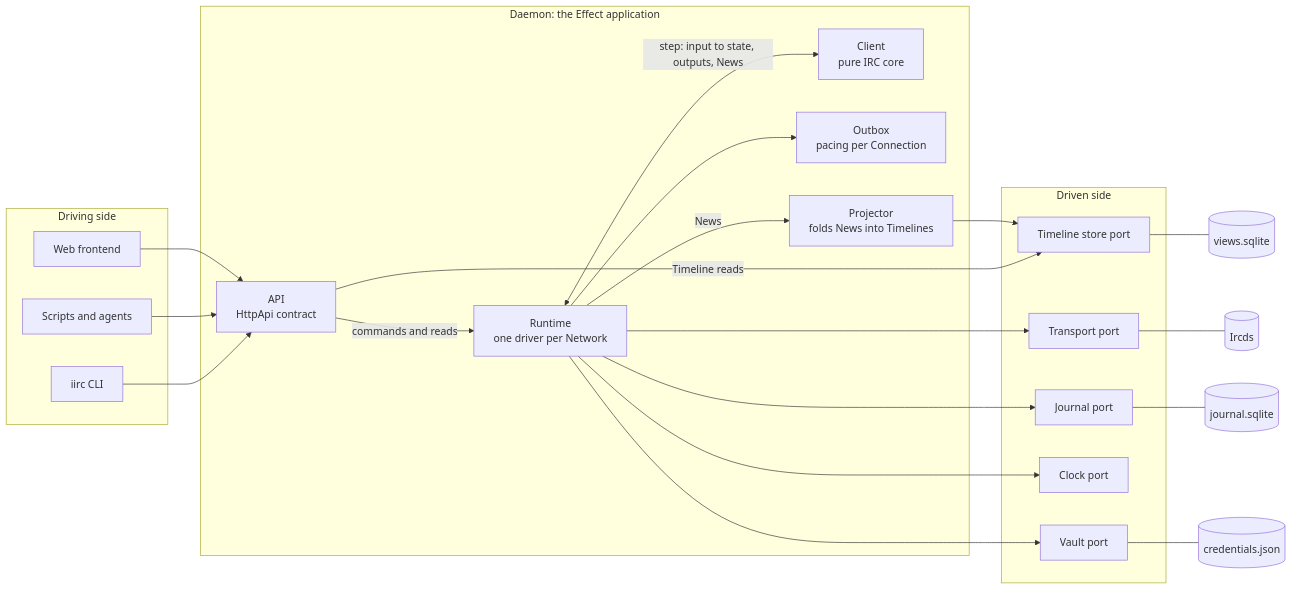
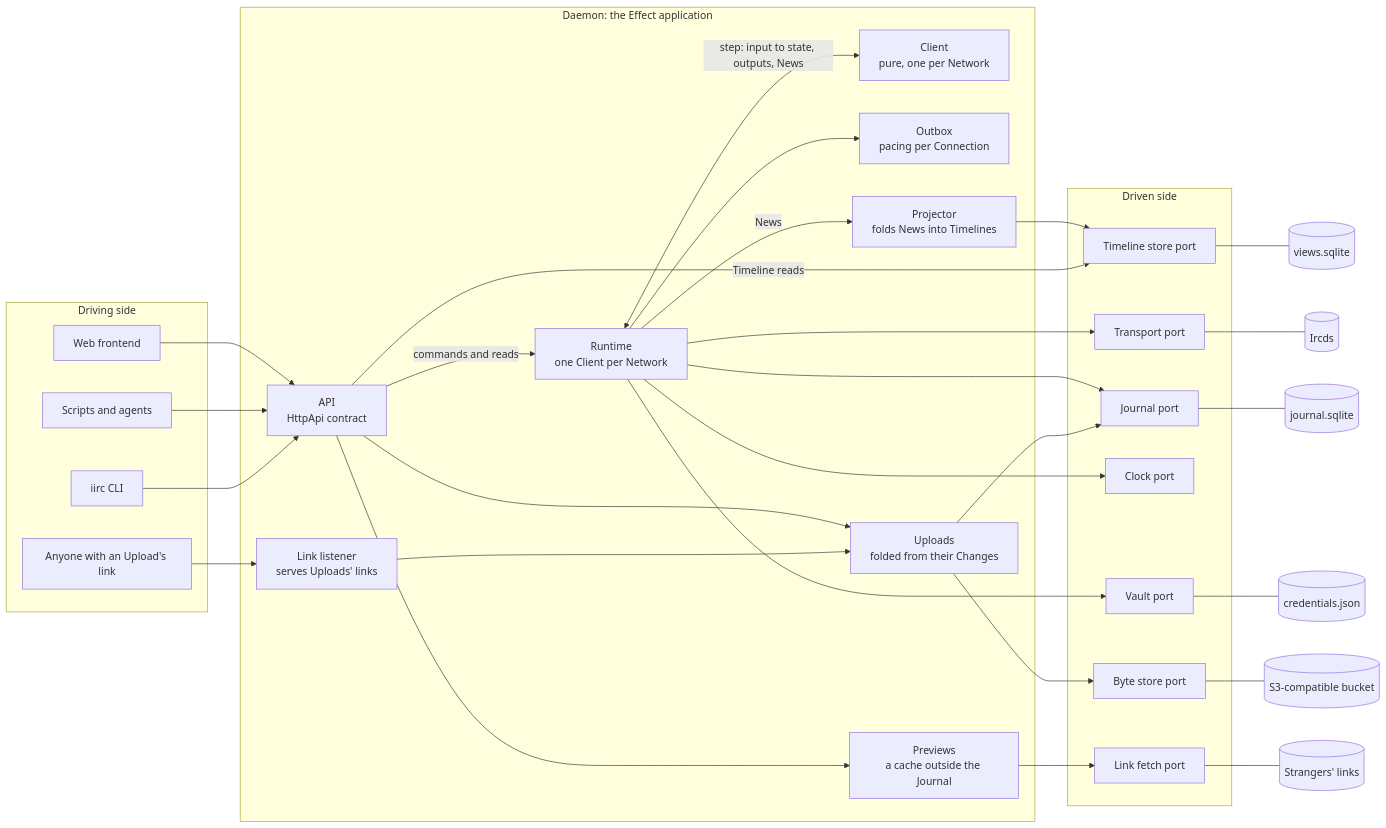
Before and after one commit to deankerr/iirc: the first of 2 diagrams in ARCHITECTURE.md, drawn with Mermaid. The commit also changed other lines of this file and 14 other files, not shown here.

First line of the commit message:
Bring the top-level docs in line with main, and remove ROADMAP.md (#142)

````diff
--- a/ARCHITECTURE.md
+++ b/ARCHITECTURE.md
@@ -13,37 +13,50 @@
 ```mermaid
 flowchart LR
   subgraph driving["Driving side"]
     web["Web frontend"]
     agent["Scripts and agents"]
     cli["iirc CLI"]
+    public["Anyone with an Upload's link"]
   end
 
   subgraph hexagon["Daemon: the Effect application"]
     api["API<br/>HttpApi contract"]
-    runtime["Runtime<br/>one driver per Network"]
-    client["Client<br/>pure IRC core"]
+    linkl["Link listener<br/>serves Uploads' links"]
+    runtime["Runtime<br/>one Client per Network"]
+    client["Client<br/>pure, one per Network"]
     outbox["Outbox<br/>pacing per Connection"]
     projector["Projector<br/>folds News into Timelines"]
+    uploads["Uploads<br/>folded from their Changes"]
+    previews["Previews<br/>a cache outside the Journal"]
     api -->|"commands and reads"| runtime
     runtime <-->|"step: input to state, outputs, News"| client
     runtime --> outbox
     runtime -->|"News"| projector
+    api --> uploads & previews
+    linkl --> uploads
   end
 
   subgraph driven["Driven side"]
     transport["Transport port"]
     journal["Journal port"]
     vault["Vault port"]
     clock["Clock port"]
     timelines["Timeline store port"]
+    bytes["Byte store port"]
+    fetch["Link fetch port"]
   end
 
   web & agent & cli --> api
+  public --> linkl
   runtime --> transport & journal & vault & clock
   projector --> timelines
   api -->|"Timeline reads"| timelines
+  uploads --> journal & bytes
+  previews --> fetch
   transport --- ircd[("Ircds")]
   journal --- sqlite[("journal.sqlite")]
   vault --- store[("credentials.json")]
   timelines --- views[("views.sqlite")]
+  bytes --- bucket[("S3-compatible bucket")]
+  fetch --- internet[("Strangers' links")]
 ```
````
